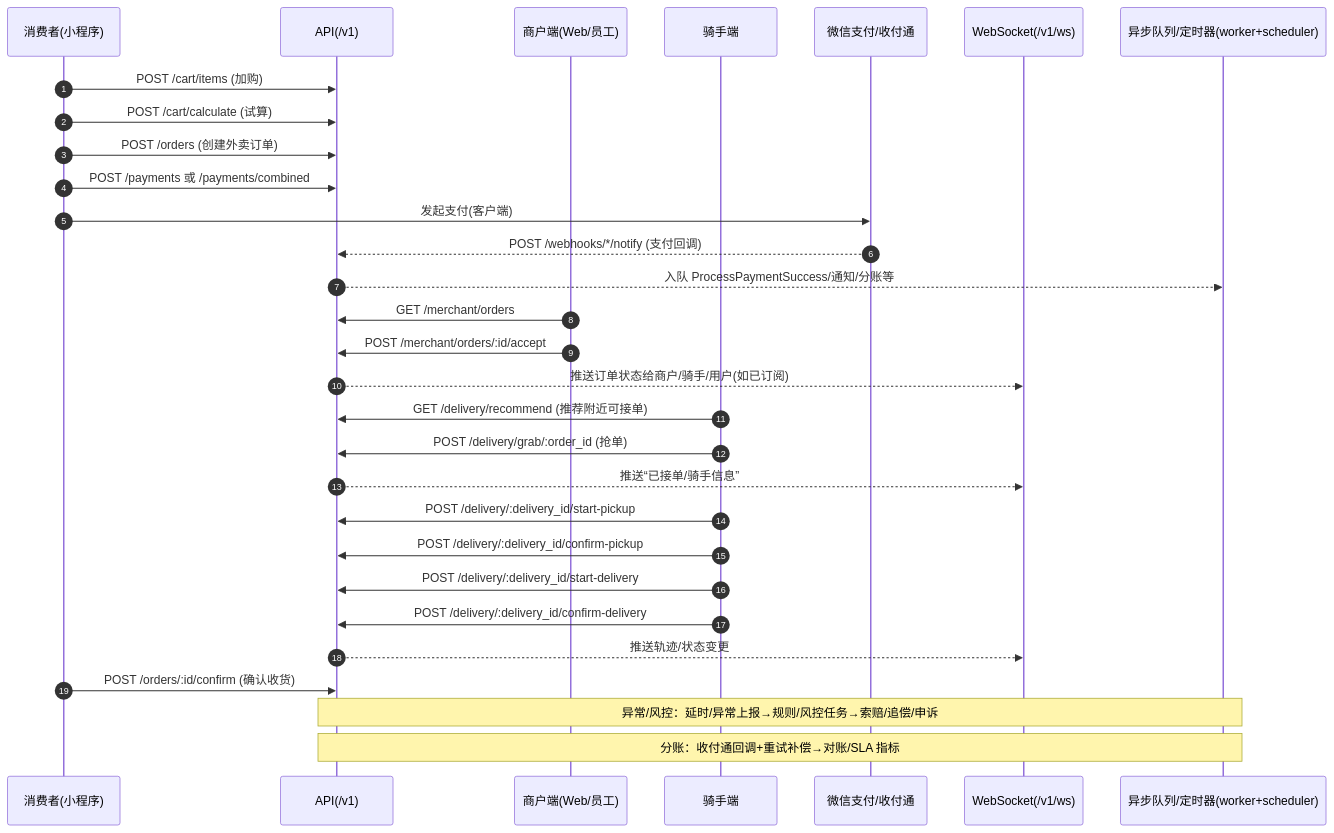
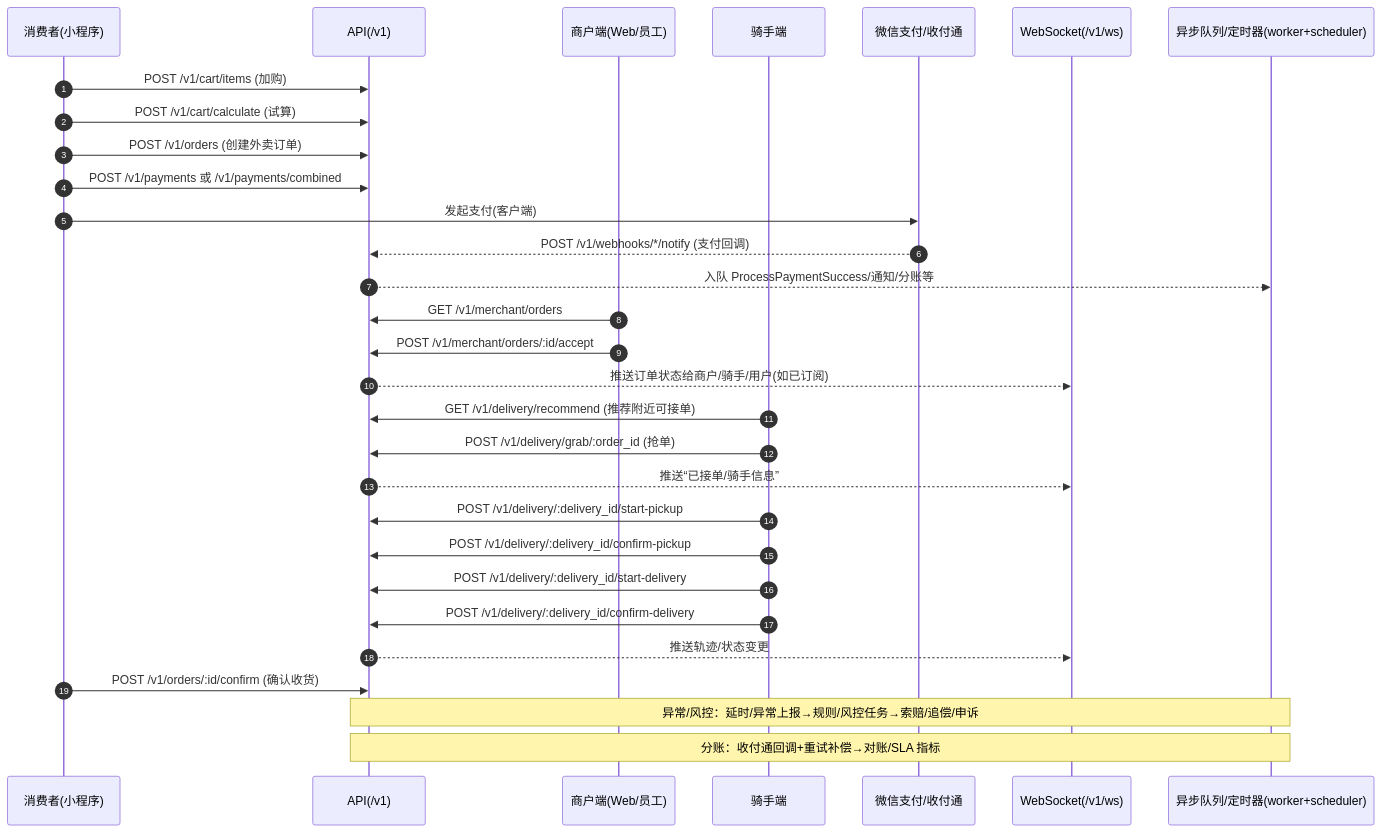
The third of 5 diagrams in locallife/docs/phase0/user_journey_mermaid.md (merrydance/locallife), drawn with Mermaid before and after one commit. The commit also changed other lines of this file and 6 other files, not shown here.

````diff
--- a/locallife/docs/phase0/user_journey_mermaid.md
+++ b/locallife/docs/phase0/user_journey_mermaid.md
@@ -103,39 +103,39 @@
 ```mermaid
 sequenceDiagram
   autonumber
   participant U as 消费者(小程序)
   participant API as API(/v1)
   participant M as 商户端(Web/员工)
   participant R as 骑手端
   participant W as 微信支付/收付通
   participant WS as WebSocket(/v1/ws)
   participant Q as 异步队列/定时器(worker+scheduler)
 
-  U->>API: POST /cart/items (加购)
-  U->>API: POST /cart/calculate (试算)
-  U->>API: POST /orders (创建外卖订单)
+  U->>API: POST /v1/cart/items (加购)
+  U->>API: POST /v1/cart/calculate (试算)
+  U->>API: POST /v1/orders (创建外卖订单)
 
-  U->>API: POST /payments 或 /payments/combined
+  U->>API: POST /v1/payments 或 /v1/payments/combined
   U->>W: 发起支付(客户端)
-  W-->>API: POST /webhooks/*/notify (支付回调)
+  W-->>API: POST /v1/webhooks/*/notify (支付回调)
   API-->>Q: 入队 ProcessPaymentSuccess/通知/分账等
 
-  M->>API: GET /merchant/orders
-  M->>API: POST /merchant/orders/:id/accept
+  M->>API: GET /v1/merchant/orders
+  M->>API: POST /v1/merchant/orders/:id/accept
   API-->>WS: 推送订单状态给商户/骑手/用户(如已订阅)
 
-  R->>API: GET /delivery/recommend (推荐附近可接单)
-  R->>API: POST /delivery/grab/:order_id (抢单)
+  R->>API: GET /v1/delivery/recommend (推荐附近可接单)
+  R->>API: POST /v1/delivery/grab/:order_id (抢单)
   API-->>WS: 推送“已接单/骑手信息”
 
-  R->>API: POST /delivery/:delivery_id/start-pickup
-  R->>API: POST /delivery/:delivery_id/confirm-pickup
-  R->>API: POST /delivery/:delivery_id/start-delivery
-  R->>API: POST /delivery/:delivery_id/confirm-delivery
+  R->>API: POST /v1/delivery/:delivery_id/start-pickup
+  R->>API: POST /v1/delivery/:delivery_id/confirm-pickup
+  R->>API: POST /v1/delivery/:delivery_id/start-delivery
+  R->>API: POST /v1/delivery/:delivery_id/confirm-delivery
   API-->>WS: 推送轨迹/状态变更
 
-  U->>API: POST /orders/:id/confirm (确认收货)
+  U->>API: POST /v1/orders/:id/confirm (确认收货)
 
   Note over Q,API: 异常/风控：延时/异常上报→规则/风控任务→索赔/追偿/申诉
   Note over Q,API: 分账：收付通回调+重试补偿→对账/SLA 指标
 ```
````
